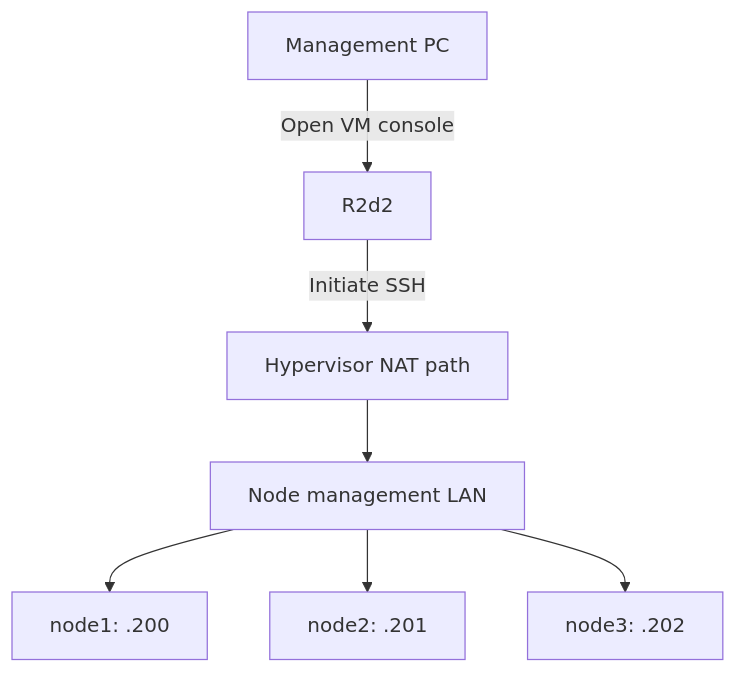
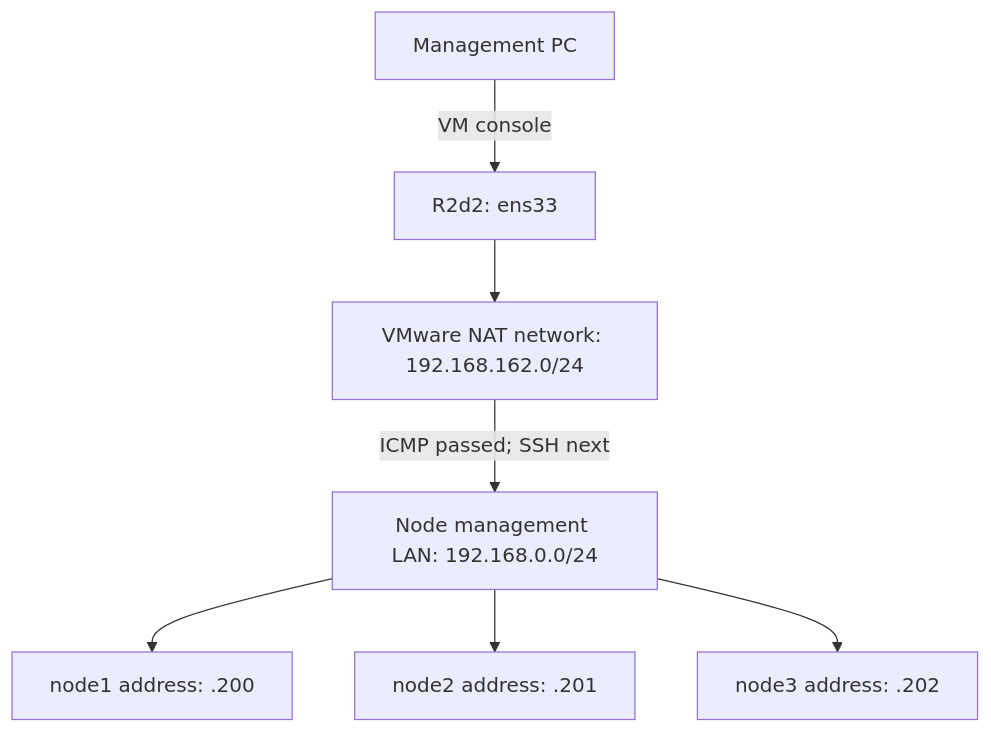
Before and after one commit to DinosaurKeys/openstack-from-zero: the diagram in docs/phase-01/01-r2d2.md, drawn with Mermaid. The commit also changed other lines of this file and 8 other files, not shown here.

````diff
--- a/docs/phase-01/01-r2d2.md
+++ b/docs/phase-01/01-r2d2.md
@@ -38,9 +24,9 @@
 ```mermaid
 flowchart TD
-    PC["Management PC"] -->|"Open VM console"| VM["R2d2"]
-    VM -->|"Initiate SSH"| NAT["Hypervisor NAT path"]
-    NAT --> LAN["Node management LAN"]
-    LAN --> N1["node1: .200"]
-    LAN --> N2["node2: .201"]
-    LAN --> N3["node3: .202"]
+    PC["Management PC"] -->|"VM console"| VM["R2d2: ens33"]
+    VM --> NAT["VMware NAT network: 192.168.162.0/24"]
+    NAT -->|"ICMP passed; SSH next"| LAN["Node management LAN: 192.168.0.0/24"]
+    LAN --> N1["node1 address: .200"]
+    LAN --> N2["node2 address: .201"]
+    LAN --> N3["node3 address: .202"]
 ```
````
